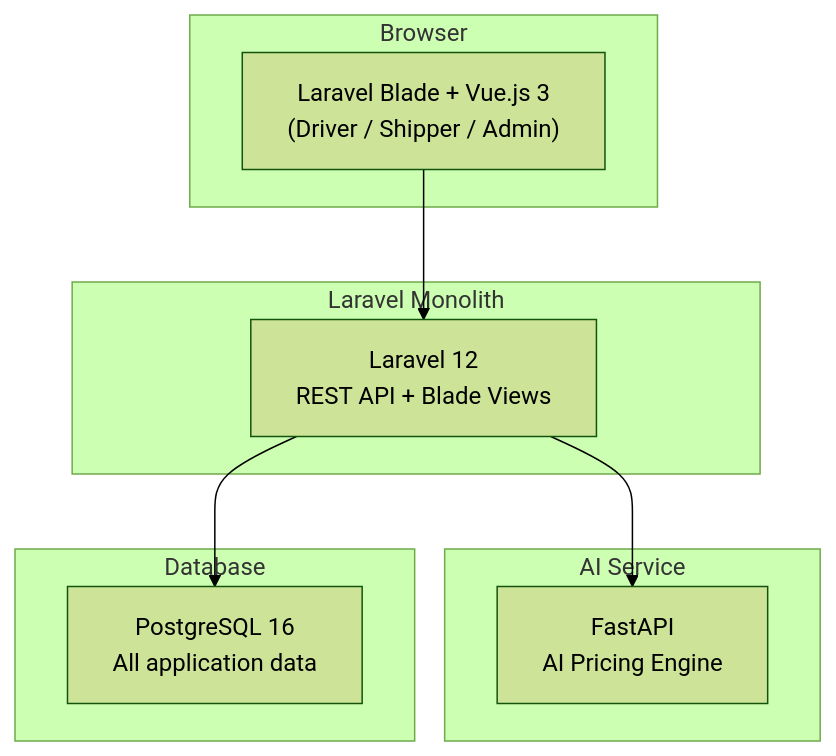
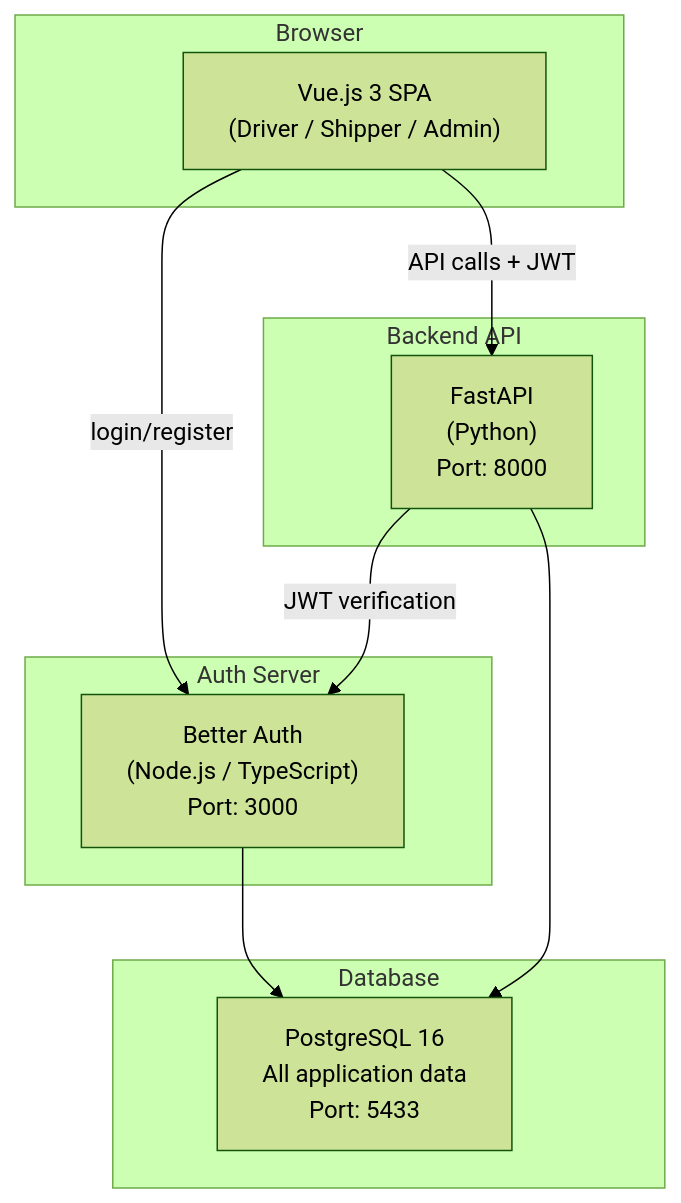
One commit to roadlancer/RoadLancer changed the diagram in tech-stack.md. Above: the diagram before and after it, drawn with Mermaid (forest theme). The commit also changed other lines of this file and 25 other files, not shown here.

Commit message:
set up better auth

````diff
--- a/tech-stack.md
+++ b/tech-stack.md
@@ -5,22 +5,24 @@
 ```mermaid
 graph TB
     subgraph "Browser"
-        UI["Laravel Blade + Vue.js 3<br/>(Driver / Shipper / Admin)"]
+        UI["Vue.js 3 SPA<br/>(Driver / Shipper / Admin)"]
     end
 
-    subgraph "Laravel Monolith"
-        LARAVEL["Laravel 12<br/>REST API + Blade Views"]
+    subgraph "Auth Server"
+        BETTERAUTH["Better Auth<br/>(Node.js / TypeScript)<br/>Port: 3000"]
     end
 
-    subgraph "AI Service"
-        FASTAPI["FastAPI<br/>AI Pricing Engine"]
+    subgraph "Backend API"
+        FASTAPI["FastAPI<br/>(Python)<br/>Port: 8000"]
     end
 
     subgraph "Database"
-        PG["PostgreSQL 16<br/>All application data"]
+        PG["PostgreSQL 16<br/>All application data<br/>Port: 5433"]
     end
 
-    UI --> LARAVEL
-    LARAVEL --> PG
-    LARAVEL --> FASTAPI
+    UI -->|"login/register"| BETTERAUTH
+    UI -->|"API calls + JWT"| FASTAPI
+    FASTAPI -->|"JWT verification"| BETTERAUTH
+    FASTAPI --> PG
+    BETTERAUTH --> PG
 ```
````
